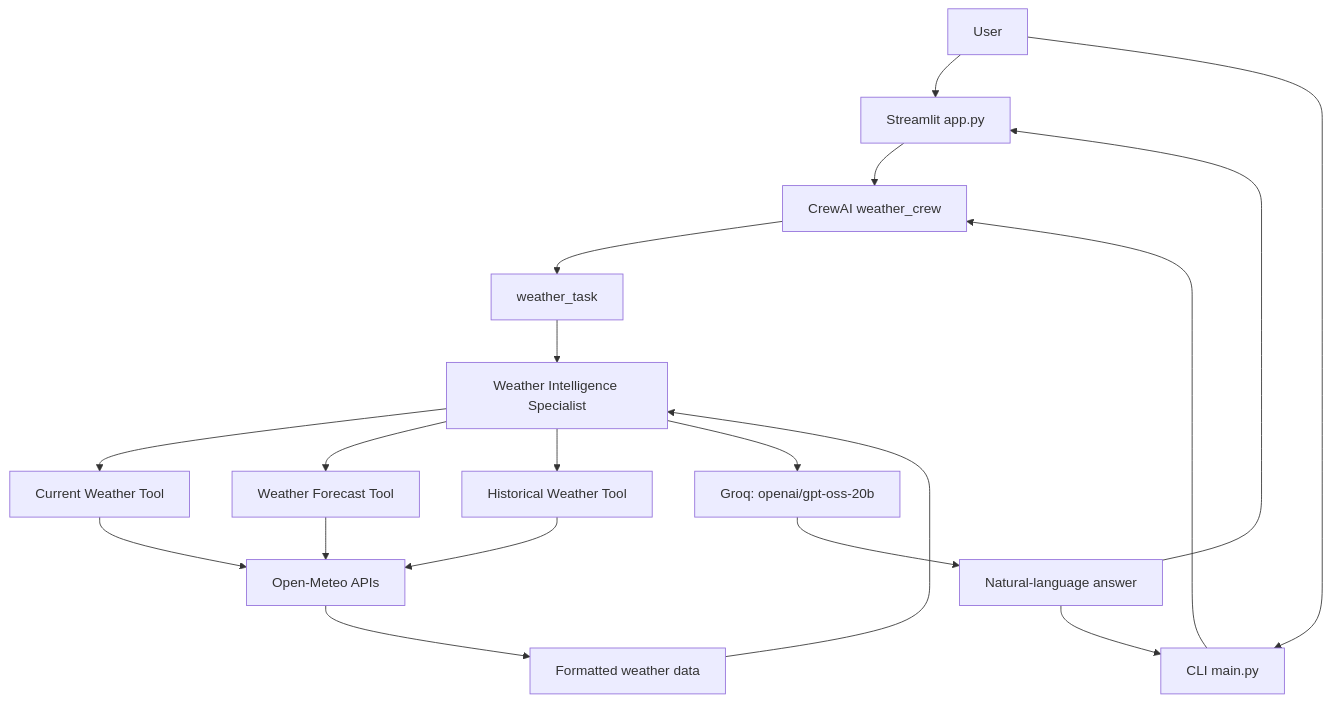
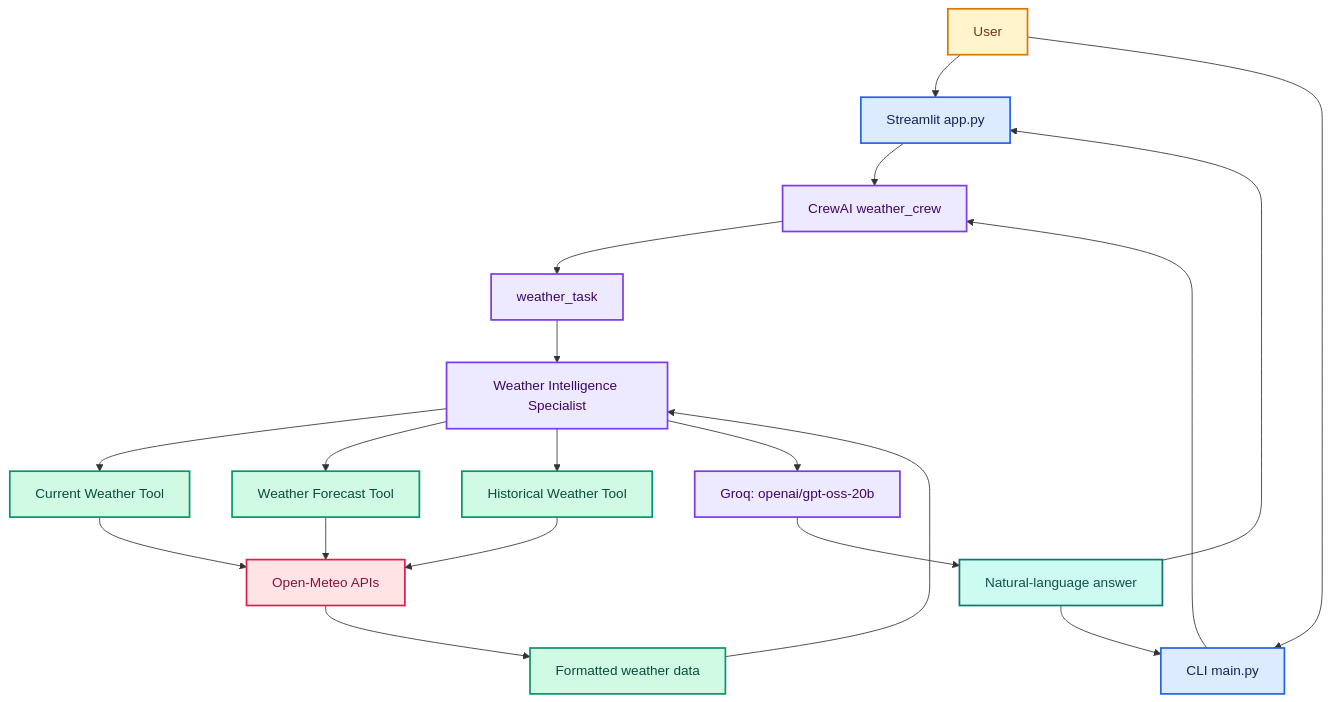
The first of 9 diagrams in README.md (sharan1370/WeatherAI), drawn with Mermaid before and after one commit. The commit also changed other lines of this file, not shown here.

````diff
--- a/README.md
+++ b/README.md
@@ -164,21 +37,34 @@
 ```mermaid
 flowchart TD
     User[User] --> UI[Streamlit app.py]
     User --> CLI[CLI main.py]
     UI --> Crew[CrewAI weather_crew]
     CLI --> Crew
     Crew --> Task[weather_task]
     Task --> Agent[Weather Intelligence Specialist]
     Agent --> Current[Current Weather Tool]
     Agent --> Forecast[Weather Forecast Tool]
     Agent --> Historical[Historical Weather Tool]
     Current --> OpenMeteo[Open-Meteo APIs]
     Forecast --> OpenMeteo
     Historical --> OpenMeteo
     OpenMeteo --> ToolResult[Formatted weather data]
     ToolResult --> Agent
     Agent --> Groq[Groq: openai/gpt-oss-20b]
     Groq --> Answer[Natural-language answer]
     Answer --> UI
     Answer --> CLI
+
+    classDef user fill:#FFF4CC,stroke:#D97706,color:#78350F,stroke-width:2px;
+    classDef app fill:#DDEBFF,stroke:#2563EB,color:#172554,stroke-width:2px;
+    classDef crew fill:#EDE9FE,stroke:#7C3AED,color:#3B0764,stroke-width:2px;
+    classDef tool fill:#D1FAE5,stroke:#059669,color:#064E3B,stroke-width:2px;
+    classDef api fill:#FFE4E6,stroke:#E11D48,color:#881337,stroke-width:2px;
+    classDef output fill:#CCFBF1,stroke:#0F766E,color:#134E4A,stroke-width:2px;
+    class User user;
+    class UI,CLI app;
+    class Crew,Task,Agent,Groq crew;
+    class Current,Forecast,Historical,ToolResult tool;
+    class OpenMeteo api;
+    class Answer output;
 ```
````
